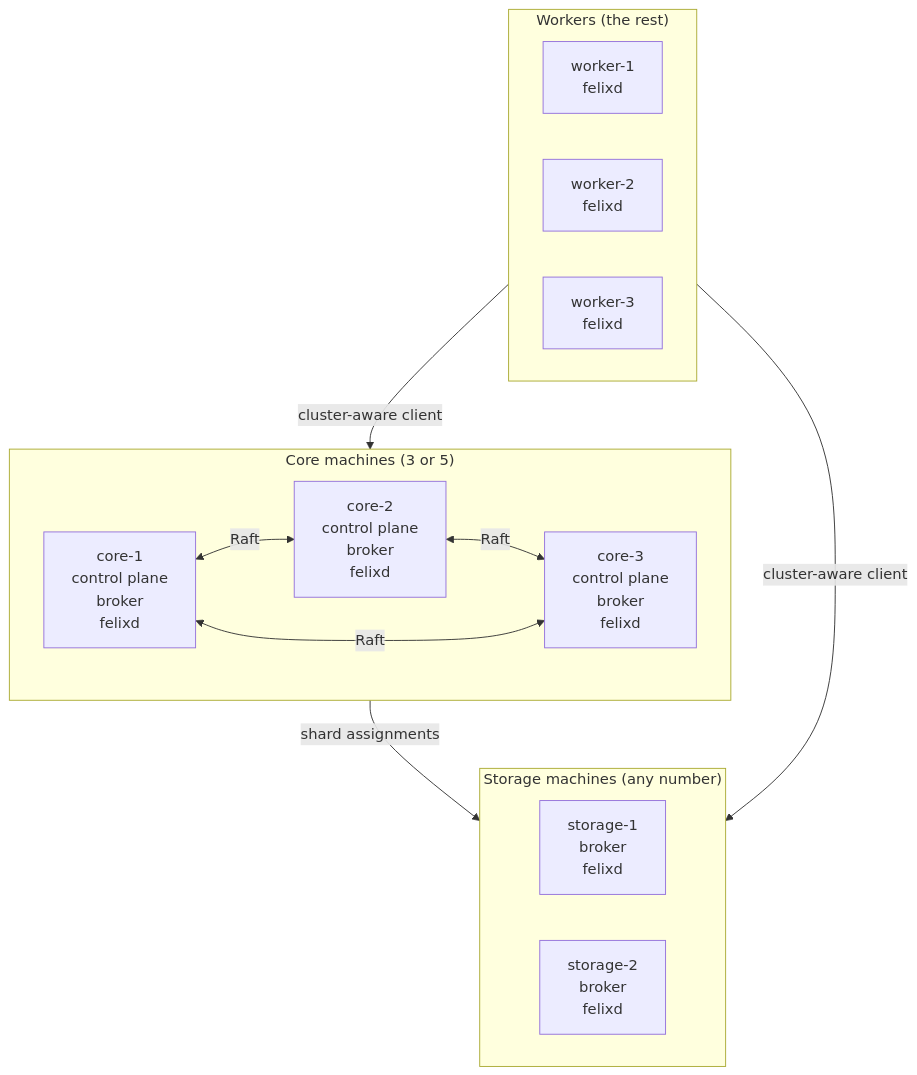
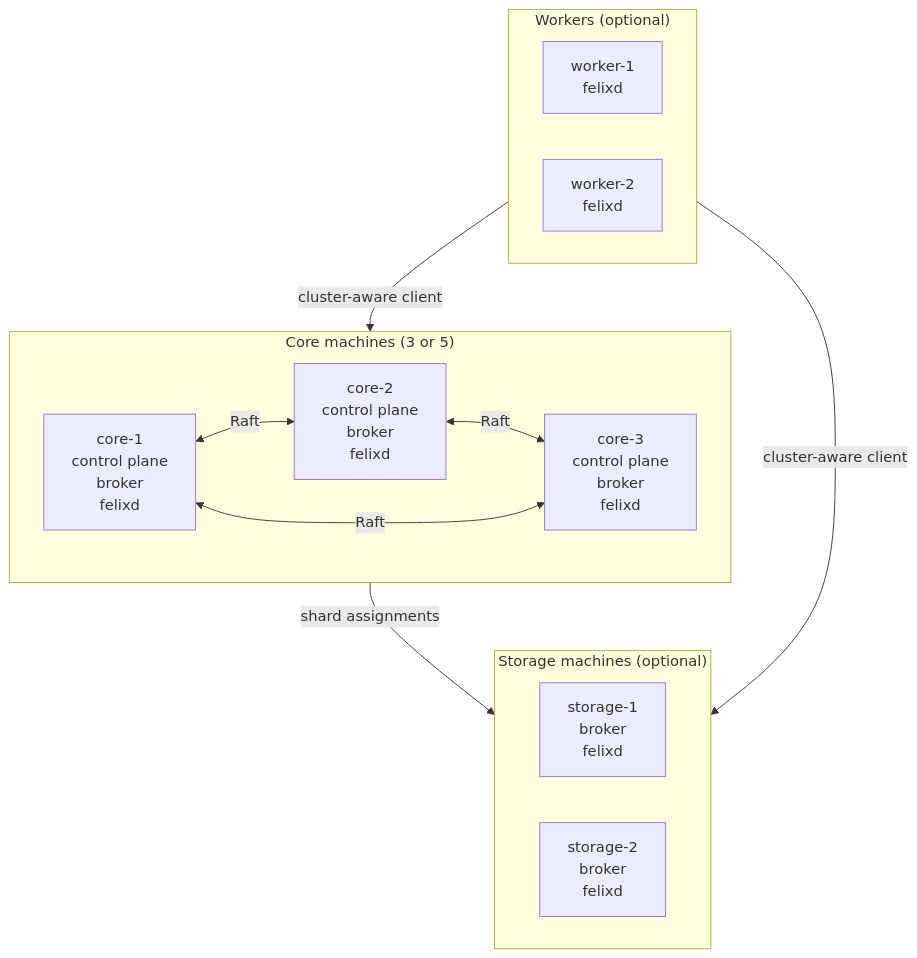
One commit to GetFelix/ninelives changed the second of 3 diagrams in docs/topology.md. Above: the diagram before and after it, drawn with Mermaid. The commit also changed other lines of this file, not shown here.

````diff
--- a/docs/topology.md
+++ b/docs/topology.md
@@ -32,26 +60,25 @@
 ```mermaid
 flowchart TB
     subgraph core["Core machines (3 or 5)"]
         direction LR
         c1["core-1<br/>control plane<br/>broker<br/>felixd"]
         c2["core-2<br/>control plane<br/>broker<br/>felixd"]
         c3["core-3<br/>control plane<br/>broker<br/>felixd"]
     end
-    subgraph storage["Storage machines (any number)"]
+    subgraph storage["Storage machines (optional)"]
         direction LR
         s1["storage-1<br/>broker<br/>felixd"]
         s2["storage-2<br/>broker<br/>felixd"]
     end
-    subgraph workers["Workers (the rest)"]
+    subgraph workers["Workers (optional)"]
         direction LR
         w1["worker-1<br/>felixd"]
         w2["worker-2<br/>felixd"]
-        w3["worker-3<br/>felixd"]
     end
     c1 <-->|Raft| c2
     c2 <-->|Raft| c3
     c1 <-->|Raft| c3
     core -->|shard assignments| storage
     workers -->|cluster-aware client| core
     workers -->|cluster-aware client| storage
 ```
````
